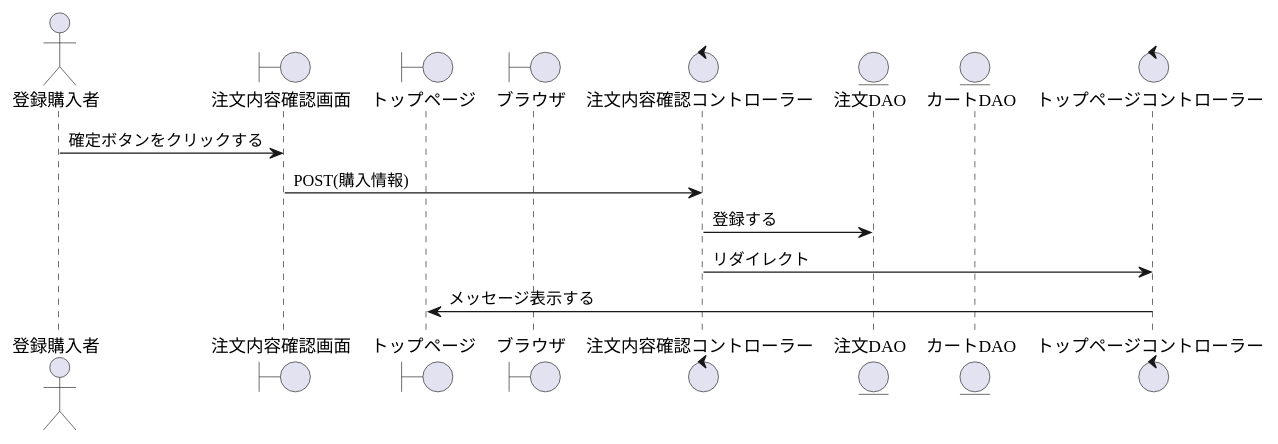
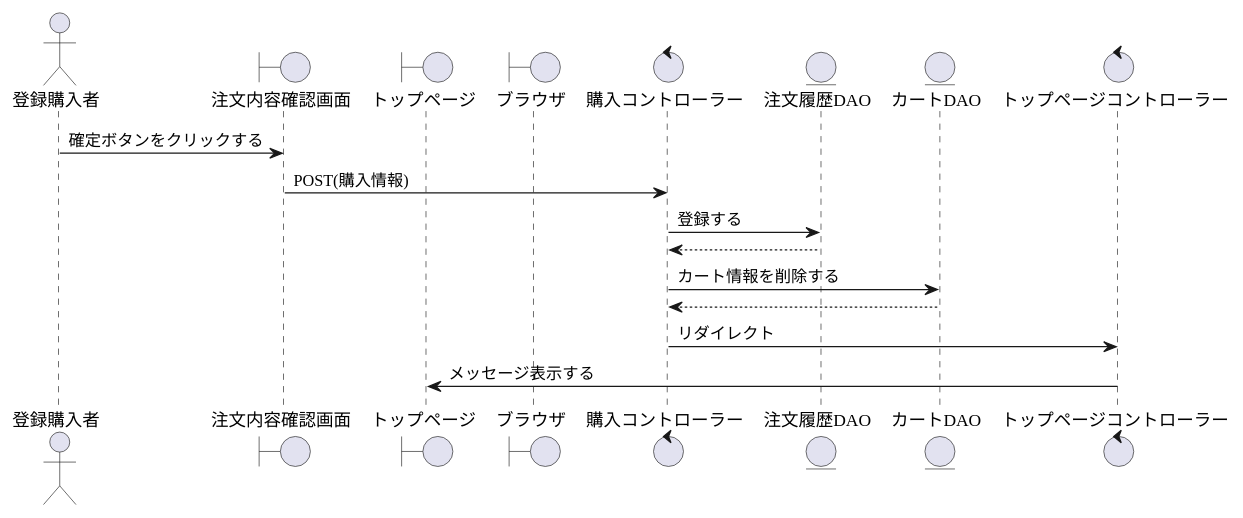
The diagram in PJ_シーケンス/購入者/購入.wsd (SK-B-S/PJ), drawn with PlantUML before and after one commit. The commit also changed 2 other files, not shown here.

```diff
--- a/PJ_シーケンス/購入者/購入.wsd
+++ b/PJ_シーケンス/購入者/購入.wsd
@@ -1,19 +1,22 @@
 @startuml 購入
 
 actor    "登録購入者" as account
 boundary "注文内容確認画面" as change_password
 boundary "トップページ" as top
 boundary "ブラウザ" as brz
-control  "注文内容確認コントローラー" as change_password_c
-entity   "注文DAO" as chumon_dao
+control  "購入コントローラー" as change_password_c
+entity   "注文履歴DAO" as chumon_dao
 entity   "カートDAO" as cart_dao
 control  "トップページコントローラー" as top_c
 
 '-------------------------------------------------------------------------------------------
 
 account -> change_password : 確定ボタンをクリックする
 change_password -> change_password_c : POST(購入情報)
 chumon_dao <- change_password_c : 登録する
+chumon_dao --> change_password_c
+cart_dao <- change_password_c : カート情報を削除する
+cart_dao --> change_password_c
 change_password_c -> top_c : リダイレクト
 top <- top_c : メッセージ表示する
 @enduml
```
